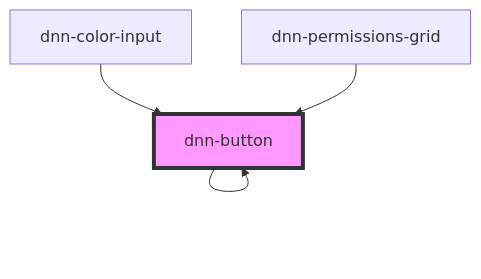
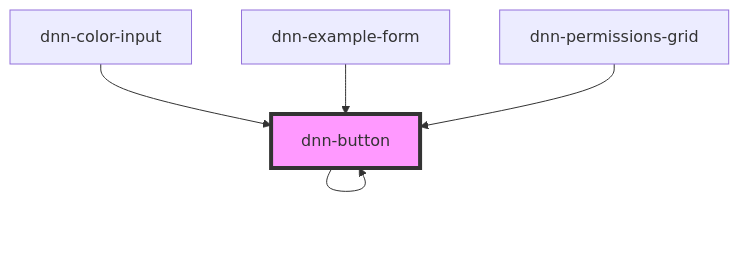
Before and after one commit to DNNCommunity/dnn-elements: the diagram in packages/stencil-library/src/components/dnn-button/readme.md, drawn with Mermaid. The commit also changed other lines of this file and 17 other files, not shown here.

````diff
--- a/packages/stencil-library/src/components/dnn-button/readme.md
+++ b/packages/stencil-library/src/components/dnn-button/readme.md
@@ -63,7 +64,8 @@
 ```mermaid
 graph TD;
   dnn-button --> dnn-button
   dnn-color-input --> dnn-button
+  dnn-example-form --> dnn-button
   dnn-permissions-grid --> dnn-button
   style dnn-button fill:#f9f,stroke:#333,stroke-width:4px
 ```
````
